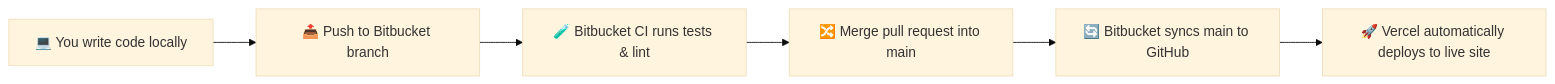
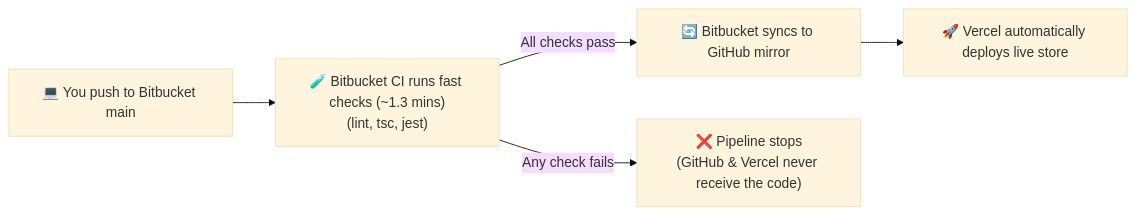
One commit to androidnikhil/wide-vogue changed the diagram in docs/deployment.md. Above: the diagram before and after it, drawn with Mermaid (base theme). The commit also changed other lines of this file and 7 other files, not shown here.

Commit message:
fix(docker, auth): streamline compose workflow, optimize bitbucket pipeline

````diff
--- a/docs/deployment.md
+++ b/docs/deployment.md
@@ -24,8 +61,7 @@
 ```mermaid
 flowchart LR
-    A["💻 You write code locally"] --> B["📤 Push to Bitbucket branch"]
-    B --> C["🧪 Bitbucket CI runs tests & lint"]
-    C --> D["🔀 Merge pull request into main"]
-    D --> E["🔄 Bitbucket syncs main to GitHub"]
-    E --> F["🚀 Vercel automatically deploys to live site"]
+    A["💻 You push to Bitbucket main"] --> B["🧪 Bitbucket CI runs fast checks (~1.3 mins)\n(lint, tsc, jest)"]
+    B -->|All checks pass| C["🔄 Bitbucket syncs to GitHub mirror"]
+    C --> D["🚀 Vercel automatically deploys live store"]
+    B -->|Any check fails| E["❌ Pipeline stops\n(GitHub & Vercel never receive the code)"]
 ```
````
